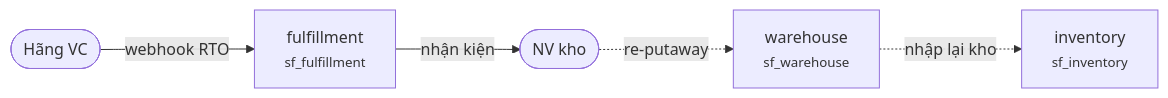
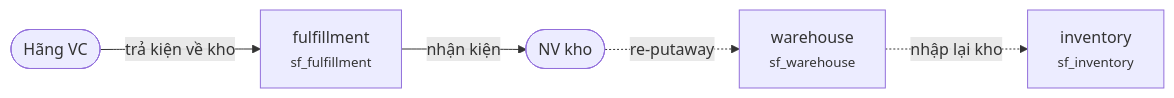
Before and after one commit to KLTN-FA26/be-backoffice-stockflow-commerce: diagram 20 of 28 in docs/business-design/04c-all-flows.md, drawn with Mermaid. The commit also changed other lines of this file and 14 other files, not shown here.

First line of the commit message:
docs: B2B-only scope, printed cups & packaging, production and subcontracting flows (SCRUM-421)

````diff
--- a/docs/business-design/04c-all-flows.md
+++ b/docs/business-design/04c-all-flows.md
@@ -634,12 +750,12 @@
 ```mermaid
 flowchart LR
     N0(["Hãng VC"])
     N1["fulfillment<br><small>sf_fulfillment</small>"]
     N2(["NV kho"])
     N3["warehouse<br><small>sf_warehouse</small>"]
     N4["inventory<br><small>sf_inventory</small>"]
-    N0 -->|"webhook RTO"| N1
+    N0 -->|"trả kiện về kho"| N1
     N1 -->|"nhận kiện"| N2
     N2 -.->|"re-putaway"| N3
     N3 -.->|"nhập lại kho"| N4
 ```
````
